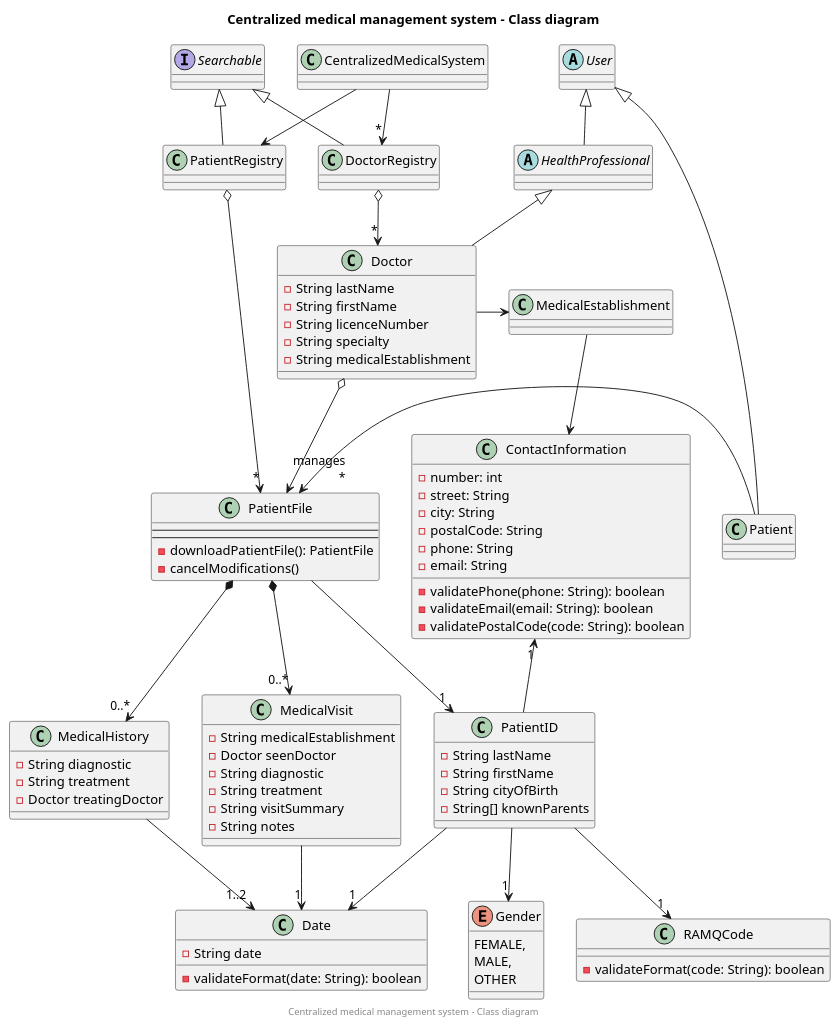
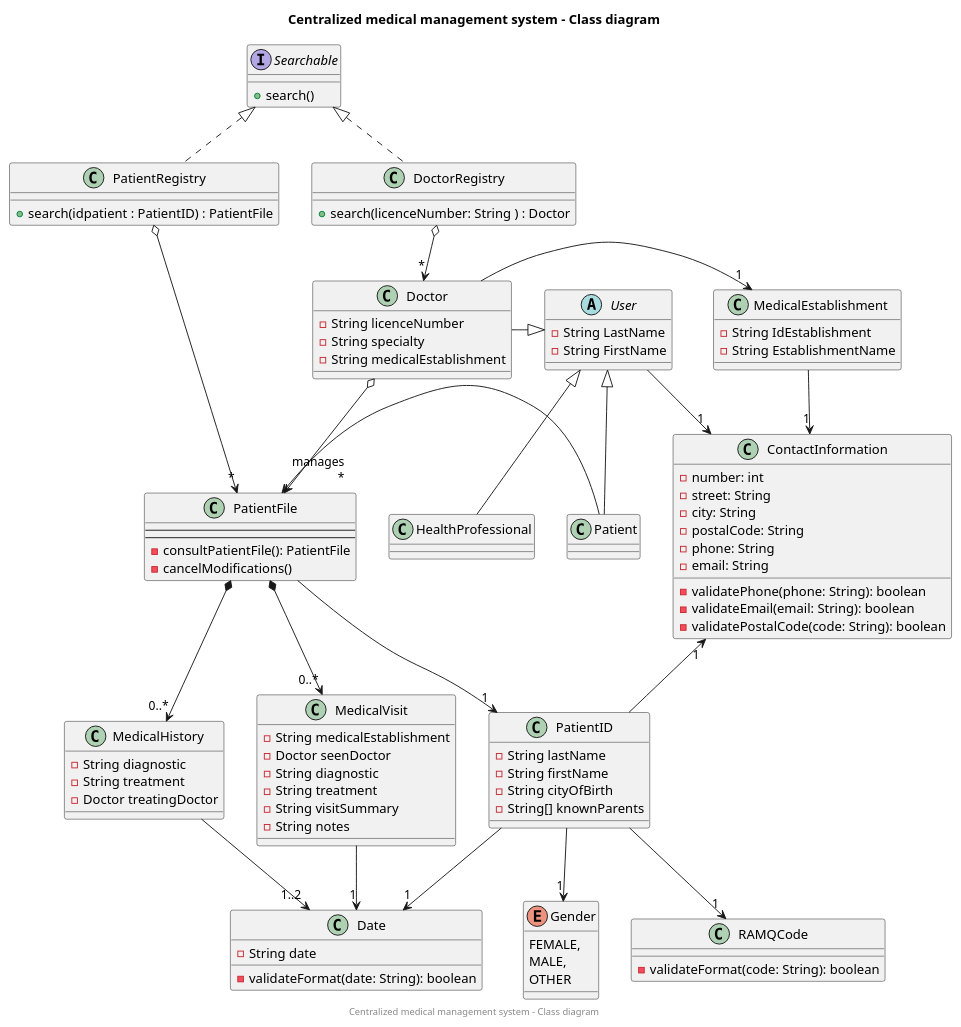
One commit to AmineSdi/PROJET_JAVAFX changed the diagram in Models/plantuml/class.puml. Above: the diagram before and after it, drawn with PlantUML.

Commit message:
Modification diagramme de classe

```diff
--- a/Models/plantuml/class.puml
+++ b/Models/plantuml/class.puml
@@ -1,146 +1,148 @@
 @startuml
 title Centralized medical management system - Class diagram
 center footer Centralized medical management system - Class diagram
 
 ' TODO : Methods for each class.
 ' TODO : Add responsibilities? interfaces?
 ' TODO : clean up
 
 class PatientRegistry {
-
++ search(idpatient : PatientID) : PatientFile
 }
 PatientRegistry o-> "*" PatientFile
 
-class "CentralizedMedicalSystem" {
+interface Searchable {
++ search()
 }
-"CentralizedMedicalSystem" --> PatientRegistry
-"CentralizedMedicalSystem" --> "*" DoctorRegistry
-
-interface Searchable {
-}
-Searchable <|-- DoctorRegistry
-Searchable <|-- PatientRegistry
+Searchable <|.. DoctorRegistry
+Searchable <|.. PatientRegistry
 
 class DoctorRegistry {
++ search(licenceNumber: String ) : Doctor
 }
 DoctorRegistry o--> "*" Doctor
 
 class PatientFile{
 '    -PatientID patientID
 '    -MedicalVisits[] medicalVisits
 '    -MedicalHistory[] medicalHistory
     --
     'PUBLIC METHODS
     --
     'PRIVATE METHODS
-    - downloadPatientFile(): PatientFile
+    - consultPatientFile(): PatientFile
     - cancelModifications()
 }
 
 abstract class User{
+- String LastName
+- String FirstName
 }
 
 class Patient{
+{method}
 }
 PatientFile <- Patient
 
 User <|-- Patient
+User -->"1" ContactInformation
 
 
+class HealthProfessional{
+}
 
-abstract class HealthProfessional{
-}
 User <|-- HealthProfessional
 
 class MedicalEstablishment{
 
+- String IdEstablishment
+- String EstablishmentName
+
 }
-MedicalEstablishment -> ContactInformation
-Doctor -> MedicalEstablishment
+MedicalEstablishment ->"1" ContactInformation
+Doctor ->"1" MedicalEstablishment
 
 class MedicalHistory{
     -String diagnostic
     -String treatment
     -Doctor treatingDoctor
 '    -DatePair datePair
 }
 
 class MedicalVisit{
     -String medicalEstablishment
     -Doctor seenDoctor
 '    -Date visitDate
     -String diagnostic
     -String treatment
     -String visitSummary
     -String notes
 }
 
 class Doctor{
-    -String lastName
-    -String firstName
     -String licenceNumber
     -String specialty
     -String medicalEstablishment
 
 '   -searchPatientFile(date: Date): PatientFile[]
 }
 
 class PatientID {
     -String lastName
     -String firstName
 '    -Date dateOfBirth
     -String cityOfBirth
     -String[] knownParents
 }
 
 class ContactInformation {
     - number: int
     - street: String
     - city: String
     - postalCode: String
     - phone: String
     - email: String
 '    + modifyContactInfo()
     - validatePhone(phone: String): boolean
     - validateEmail(email: String): boolean
     - validatePostalCode(code: String): boolean
 }
 
 'class Interface{
 '}
 
 class RAMQCode{
     -validateFormat(code: String): boolean
 }
 
 class Date{
     -String date
     -validateFormat(date: String): boolean
 }
 
 enum Gender{
     FEMALE,
     MALE,
     OTHER
 }
 
 'Interface -- Doctor
 'Interface -- PatientFile
-HealthProfessional <|-- Doctor
 
 Doctor o--> "manages\r*" PatientFile
+Doctor -|> User
 
 PatientFile --> "1" PatientID
 PatientFile *--> "0..*" MedicalHistory
 PatientFile *--> "0..*" MedicalVisit
 
 PatientID --> "1" Date
 PatientID --> "1" RAMQCode
 PatientID --> "1" Gender
 
 ContactInformation "1" <- PatientID
 
 MedicalHistory --> "1..2" Date
 MedicalVisit --> "1" Date
 
 @enduml
```
